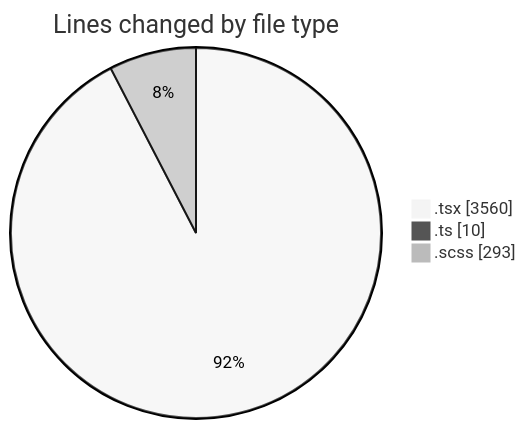
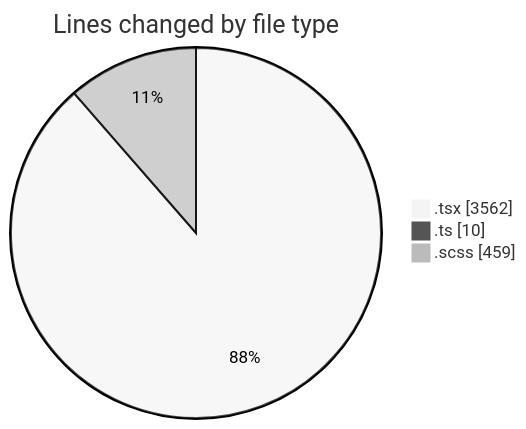
Before and after one commit to momahboobian/code-tracking: the first of 2 diagrams in 2025-11-17/cda/README.md, drawn with Mermaid (neutral theme). The commit also changed other lines of this file and 1 other file, not shown here.

````diff
--- a/2025-11-17/cda/README.md
+++ b/2025-11-17/cda/README.md
@@ -27,7 +28,7 @@
 ```mermaid
 pie showData
 title Lines changed by file type
-".tsx" : 3560
+".tsx" : 3562
 ".ts" : 10
-".scss" : 293
+".scss" : 459
 ```
````
